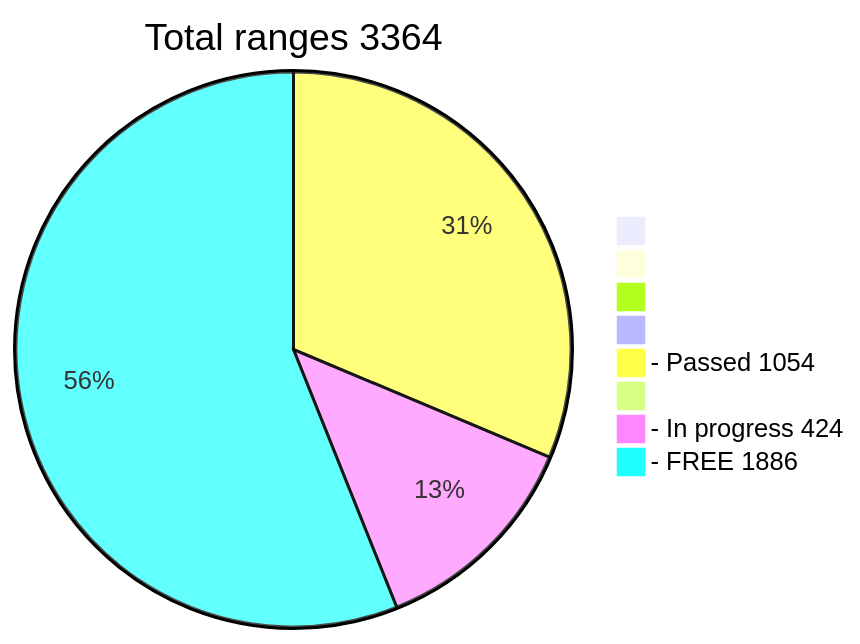
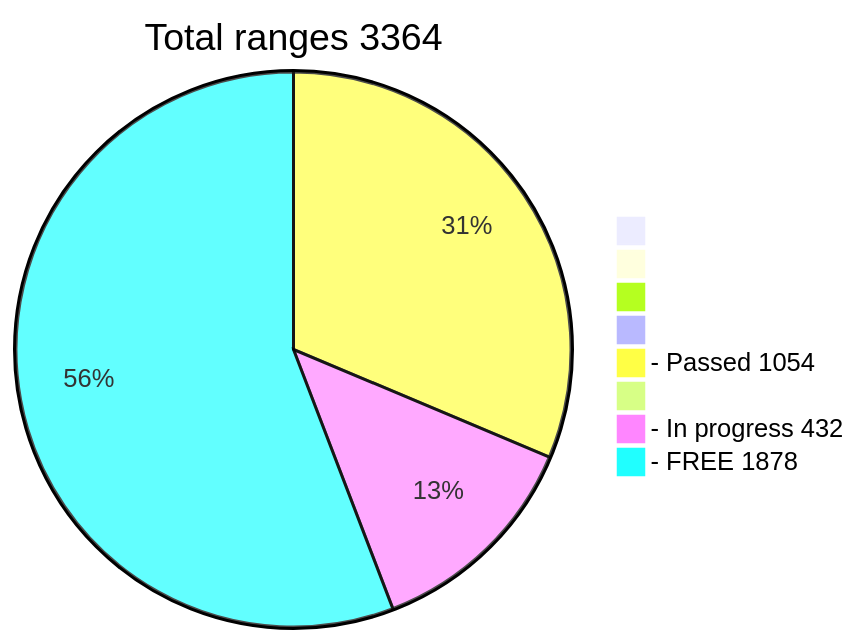
The diagram in README.md (phrutis/wif500), drawn with Mermaid before and after one commit.

````diff
--- a/README.md
+++ b/README.md
@@ -16,12 +16,12 @@
 ```mermaid
 pie title Total ranges 3364
              " " : 0
             "  " : 0
            "   " : 0
           "    " : 0
   "- Passed 1054" : 1054
          "     " : 0
-  "- In progress 424" : 424
-   "- FREE 1886" : 1886
+  "- In progress 432" : 432
+   "- FREE 1878" : 1878
    
 ```
````
